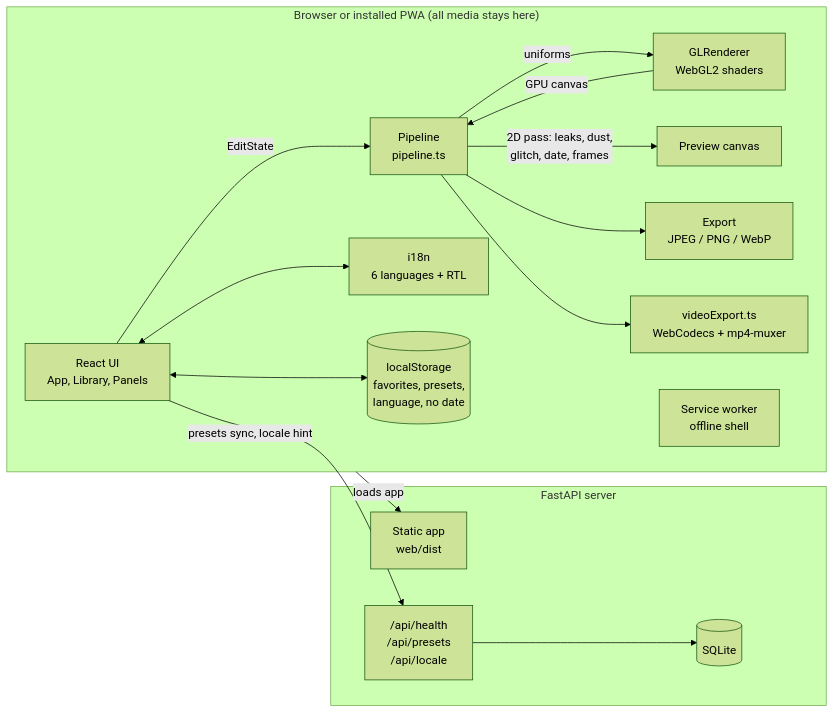
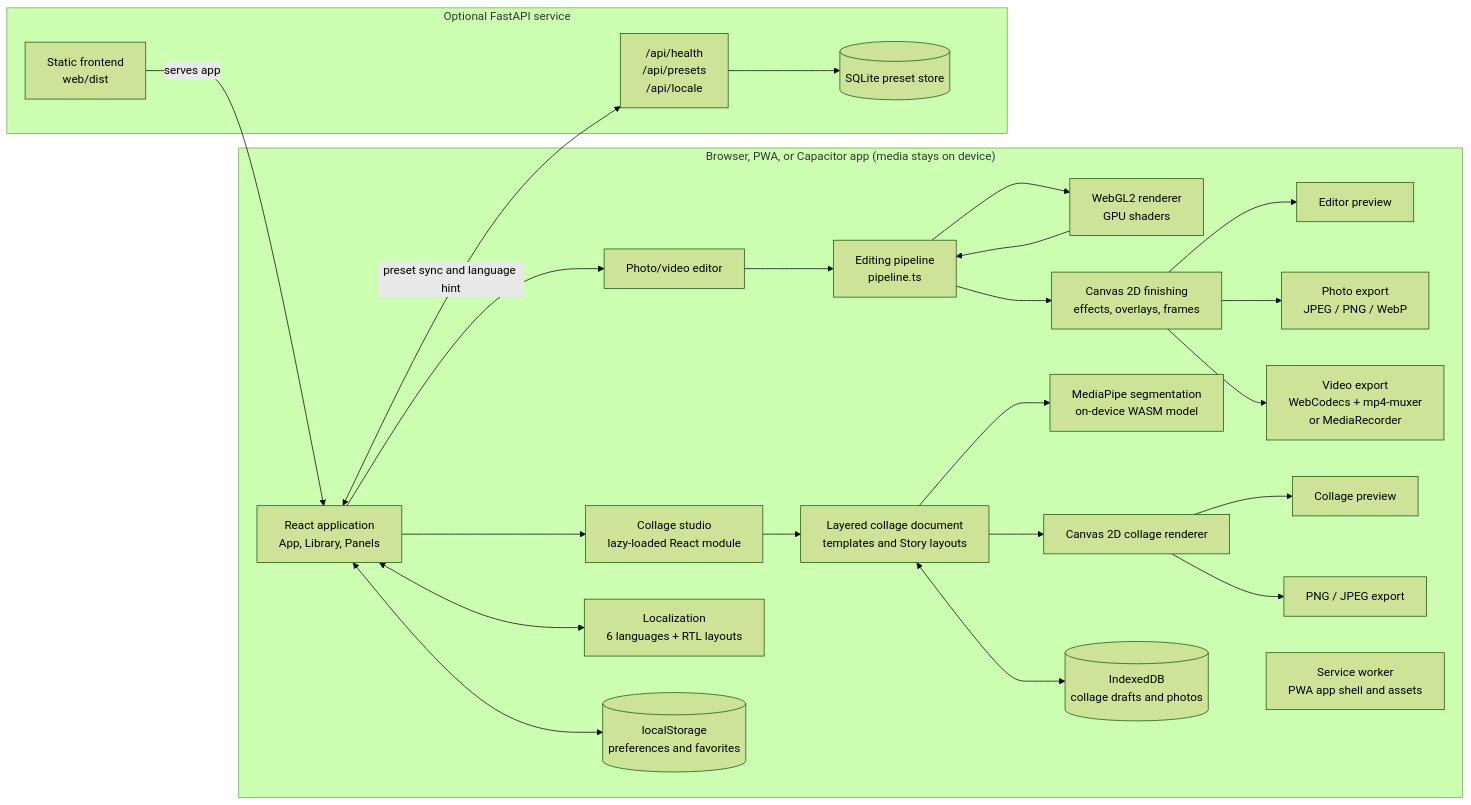
Before and after one commit to GUTOMADON/reycam: the first of 2 diagrams in README.md, drawn with Mermaid (forest theme). The commit also changed other lines of this file and 8 other files, not shown here.

````diff
--- a/README.md
+++ b/README.md
@@ -173,22 +183,31 @@
 ```mermaid
 flowchart LR
-  subgraph Browser["Browser or installed PWA (all media stays here)"]
-    UI["React UI<br/>App, Library, Panels"] -->|EditState| PIPE["Pipeline<br/>pipeline.ts"]
-    PIPE -->|uniforms| GL["GLRenderer<br/>WebGL2 shaders"]
-    GL -->|GPU canvas| PIPE
-    PIPE -->|"2D pass: leaks, dust,<br/>glitch, date, frames"| OUT["Preview canvas"]
-    PIPE --> EXP["Export<br/>JPEG / PNG / WebP"]
-    PIPE --> VID["videoExport.ts<br/>WebCodecs + mp4-muxer"]
-    UI <--> I18N["i18n<br/>6 languages + RTL"]
-    UI <--> LS[("localStorage<br/>favorites, presets,<br/>language, no date")]
-    SW["Service worker<br/>offline shell"]
+  subgraph Client["Browser, PWA, or Capacitor app (media stays on device)"]
+    UI["React application<br/>App, Library, Panels"] --> EDIT["Photo/video editor"]
+    UI --> COLLAGE["Collage studio<br/>lazy-loaded React module"]
+    EDIT --> PIPE["Editing pipeline<br/>pipeline.ts"]
+    PIPE --> GL["WebGL2 renderer<br/>GPU shaders"]
+    GL --> PIPE
+    PIPE --> TWO["Canvas 2D finishing<br/>effects, overlays, frames"]
+    TWO --> PREVIEW["Editor preview"]
+    TWO --> IMG["Photo export<br/>JPEG / PNG / WebP"]
+    TWO --> VIDEO["Video export<br/>WebCodecs + mp4-muxer<br/>or MediaRecorder"]
+    COLLAGE --> DOC["Layered collage document<br/>templates and Story layouts"]
+    DOC --> SEG["MediaPipe segmentation<br/>on-device WASM model"]
+    DOC --> CR["Canvas 2D collage renderer"]
+    CR --> CPREVIEW["Collage preview"]
+    CR --> CEXPORT["PNG / JPEG export"]
+    UI <--> I18N["Localization<br/>6 languages + RTL layouts"]
+    UI <--> LS[("localStorage<br/>preferences and favorites")]
+    DOC <--> IDB[("IndexedDB<br/>collage drafts and photos")]
+    SW["Service worker<br/>PWA app shell and assets"]
   end
-  subgraph Server["FastAPI server"]
-    STATIC["Static app<br/>web/dist"]
+  subgraph Backend["Optional FastAPI service"]
+    STATIC["Static frontend<br/>web/dist"]
     API["/api/health<br/>/api/presets<br/>/api/locale"]
-    DB[("SQLite")]
+    DB[("SQLite preset store")]
     API --> DB
   end
-  UI -- "presets sync, locale hint" --> API
-  Browser -- "loads app" --> STATIC
+  STATIC -- "serves app" --> UI
+  UI <-->|"preset sync and language hint"| API
 ```
````
